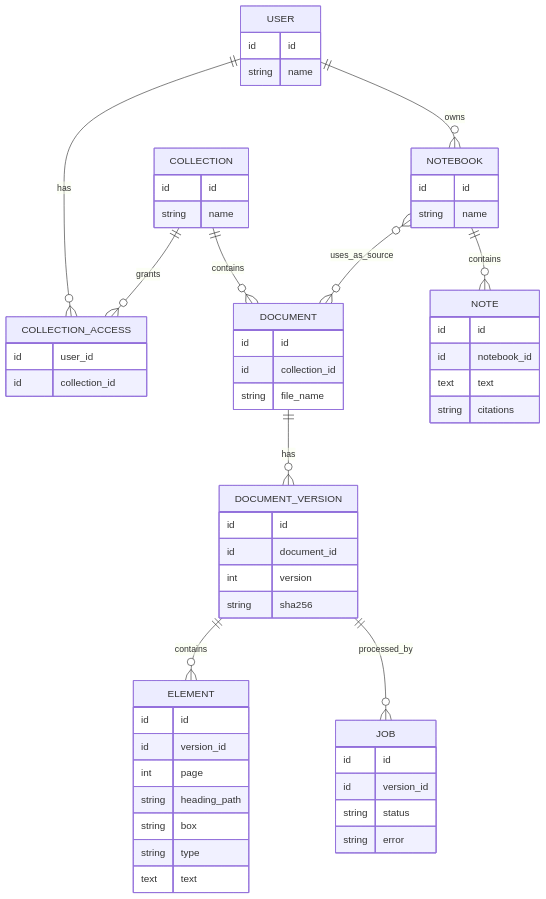
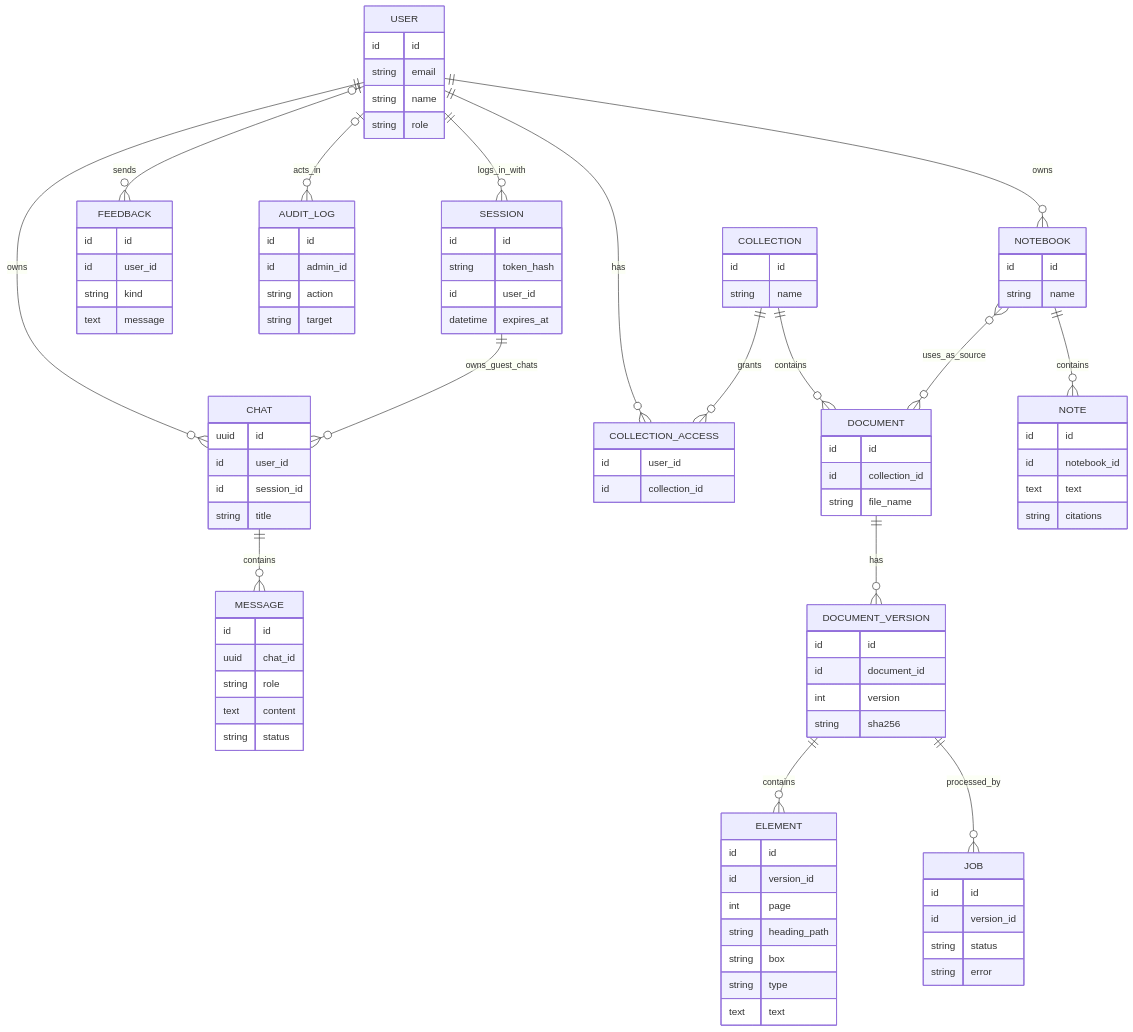
Before and after one commit to mdu-ai-lab/multiagent-ai-lab: the diagram in docs/05-database/er-diagram.md, drawn with Mermaid. The commit also changed other lines of this file and 6 other files, not shown here.

Commit message:
Add the tables for accounts, sessions, saved chats, feedback and admin settings with their first database migration and tests

````diff
--- a/docs/05-database/er-diagram.md
+++ b/docs/05-database/er-diagram.md
@@ -15,5 +15,11 @@
 ```mermaid
 erDiagram
+  USER ||--o{ SESSION : logs_in_with
+  USER ||--o{ CHAT : owns
+  SESSION ||--o{ CHAT : owns_guest_chats
+  CHAT ||--o{ MESSAGE : contains
+  USER |o--o{ FEEDBACK : sends
+  USER |o--o{ AUDIT_LOG : acts_in
   USER ||--o{ COLLECTION_ACCESS : has
   COLLECTION ||--o{ COLLECTION_ACCESS : grants
   COLLECTION ||--o{ DOCUMENT : contains
@@ -25,7 +31,40 @@
   NOTEBOOK ||--o{ NOTE : contains
   USER {
     id id
+    string email
     string name
+    string role
+  }
+  SESSION {
+    id id
+    string token_hash
+    id user_id
+    datetime expires_at
+  }
+  CHAT {
+    uuid id
+    id user_id
+    id session_id
+    string title
+  }
+  MESSAGE {
+    id id
+    uuid chat_id
+    string role
+    text content
+    string status
+  }
+  FEEDBACK {
+    id id
+    id user_id
+    string kind
+    text message
+  }
+  AUDIT_LOG {
+    id id
+    id admin_id
+    string action
+    string target
   }
   COLLECTION {
     id id
````
